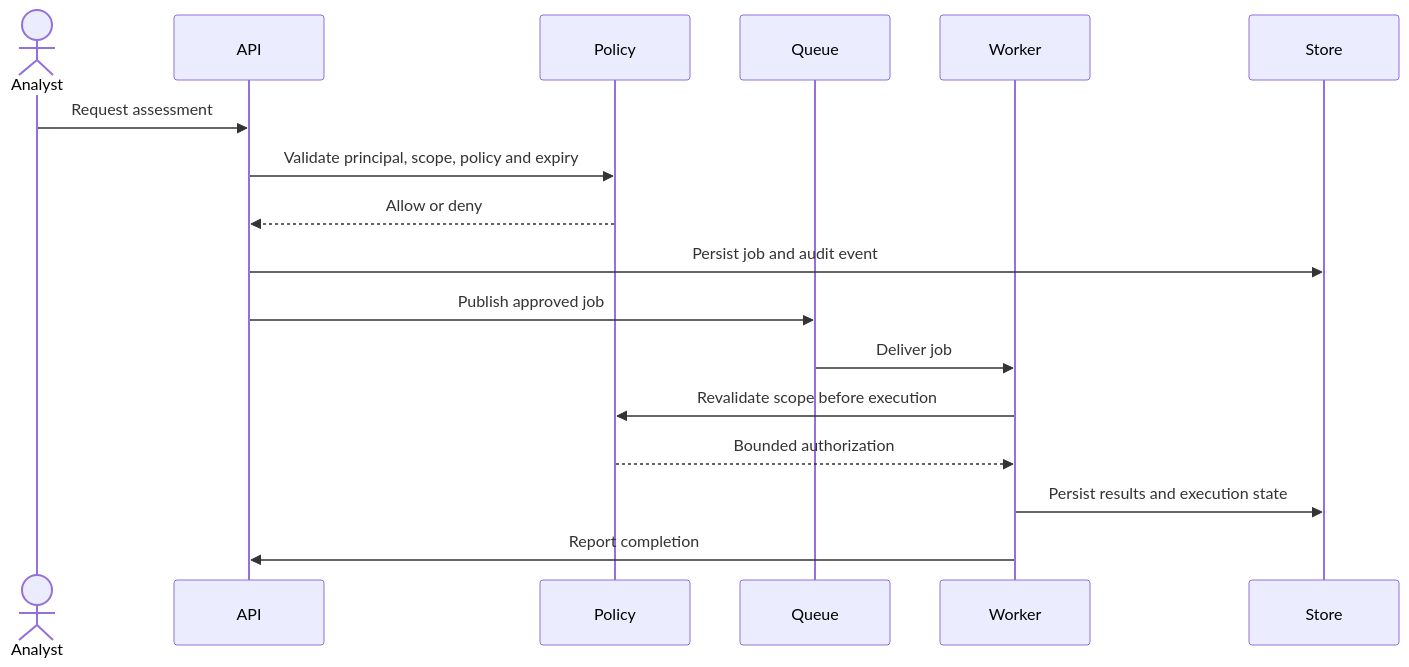
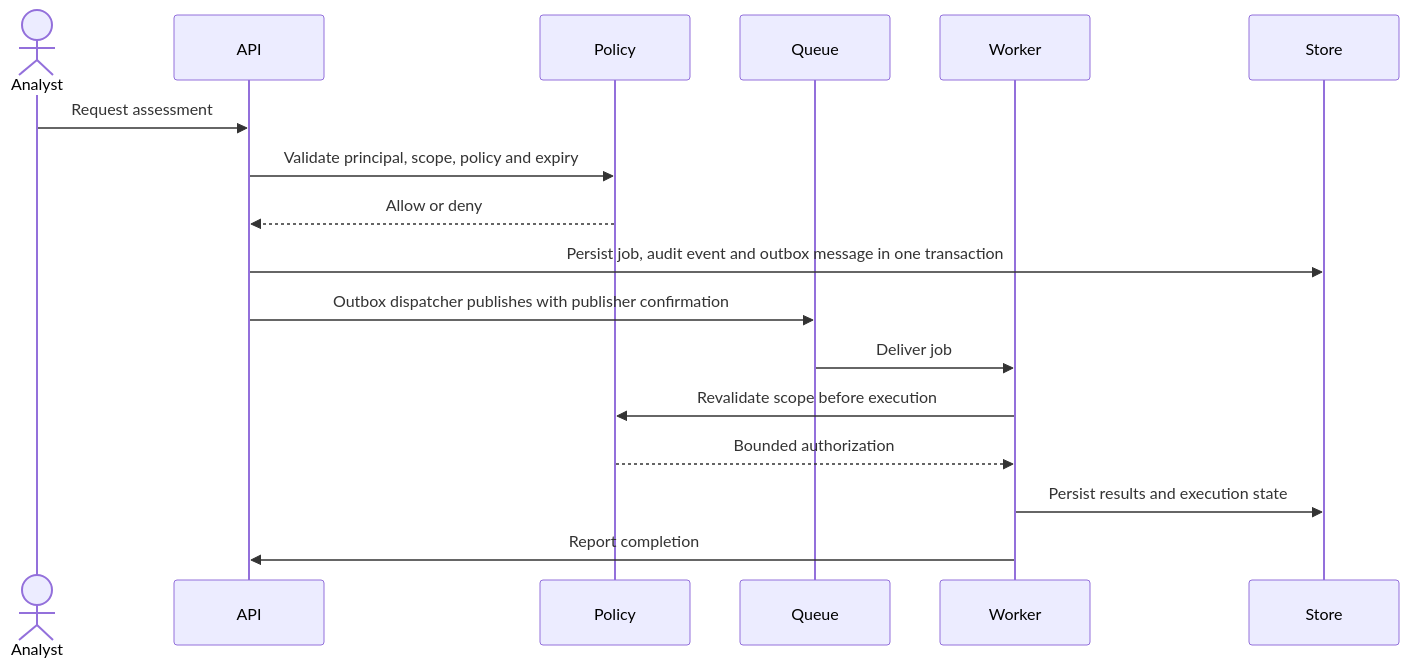
The second of 2 diagrams in docs/architecture.md (shatru123/SentinelAI), drawn with Mermaid before and after one commit. The commit also changed other lines of this file and 24 other files, not shown here.

````diff
--- a/docs/architecture.md
+++ b/docs/architecture.md
@@ -41,19 +41,19 @@
 ```mermaid
 sequenceDiagram
   actor Analyst
   participant API
   participant Policy
   participant Queue
   participant Worker
   participant Store
   Analyst->>API: Request assessment
   API->>Policy: Validate principal, scope, policy and expiry
   Policy-->>API: Allow or deny
-  API->>Store: Persist job and audit event
-  API->>Queue: Publish approved job
+  API->>Store: Persist job, audit event and outbox message in one transaction
+  API->>Queue: Outbox dispatcher publishes with publisher confirmation
   Queue->>Worker: Deliver job
   Worker->>Policy: Revalidate scope before execution
   Policy-->>Worker: Bounded authorization
   Worker->>Store: Persist results and execution state
   Worker->>API: Report completion
 ```
````
